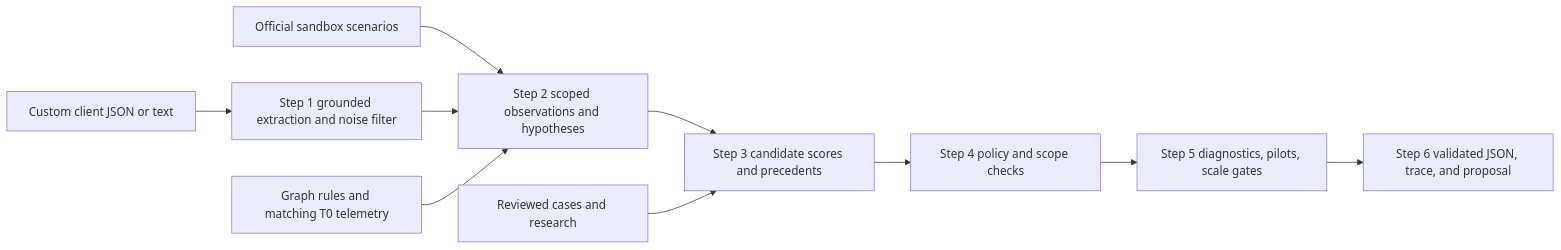
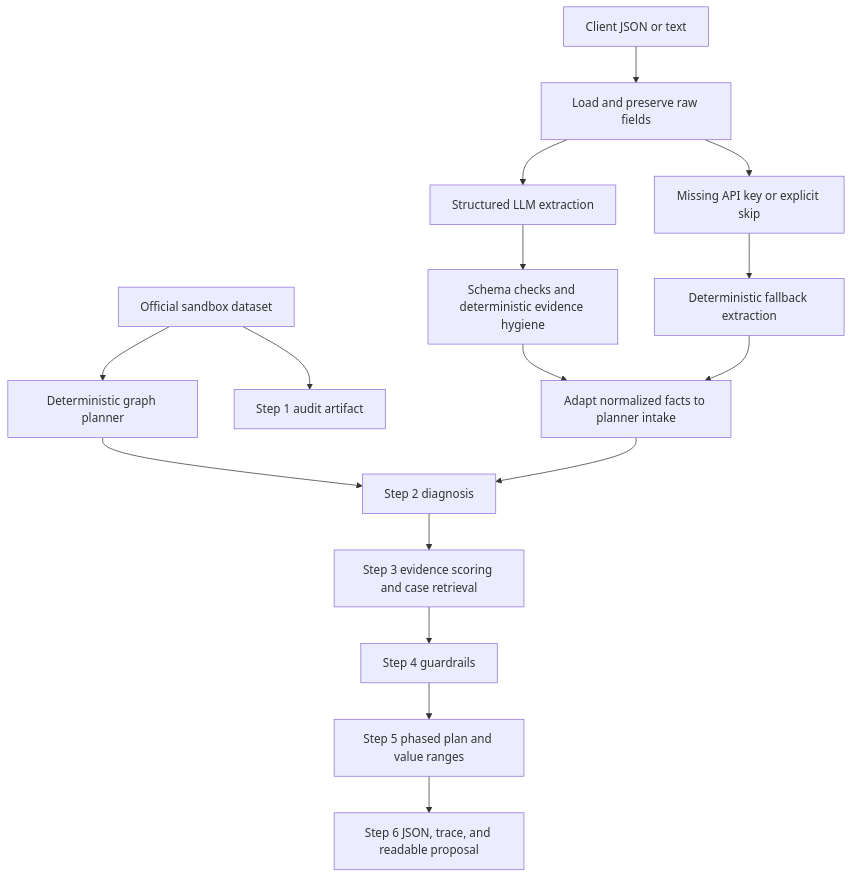
Before and after one commit to SyAndrey006/Ingaze-CF-Hackathon-2026-Team-11: the diagram in ARCHITECTURE.md, drawn with Mermaid. The commit also changed other lines of this file and 12 other files, not shown here.

````diff
--- a/ARCHITECTURE.md
+++ b/ARCHITECTURE.md
@@ -9,12 +30,18 @@
 ```mermaid
-flowchart LR
-    A[Official sandbox scenarios] --> B[Step 2 scoped observations and hypotheses]
-    C[Custom client JSON or text] --> D[Step 1 grounded extraction and noise filter]
-    D --> B
-    E[Graph rules and matching T0 telemetry] --> B
-    B --> F[Step 3 candidate scores and precedents]
-    G[Reviewed cases and research] --> F
-    F --> H[Step 4 policy and scope checks]
-    H --> I[Step 5 diagnostics, pilots, scale gates]
-    I --> J[Step 6 validated JSON, trace, and proposal]
+flowchart TD
+  A[Official sandbox dataset] --> B[Deterministic graph planner]
+  A --> C[Step 1 audit artifact]
+  D[Client JSON or text] --> E[Load and preserve raw fields]
+  E --> F[Structured LLM extraction]
+  F --> G[Schema checks and deterministic evidence hygiene]
+  G --> H[Adapt normalized facts to planner intake]
+  I[Missing API key or explicit skip] --> J[Deterministic fallback extraction]
+  E --> I
+  J --> H
+  B --> K[Step 2 diagnosis]
+  H --> K
+  K --> L[Step 3 evidence scoring and case retrieval]
+  L --> M[Step 4 guardrails]
+  M --> N[Step 5 phased plan and value ranges]
+  N --> O[Step 6 JSON, trace, and readable proposal]
 ```
````
